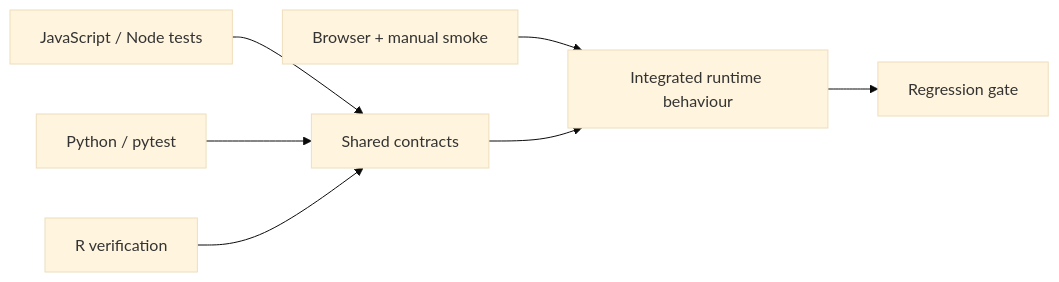
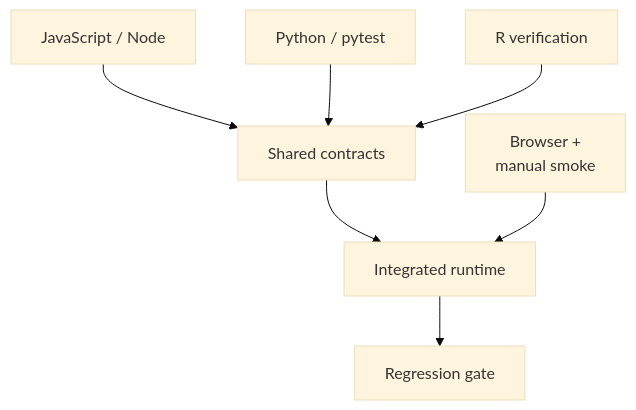
One commit to wilderruiz/zomniverse-project changed the fifth of 5 diagrams in docs/ENGINEERING_OVERVIEW.md. Above: the diagram before and after it, drawn with Mermaid (base theme). The commit also changed other lines of this file, not shown here.

Commit message:
docs: fix clipped Mermaid labels across engineering overview

````diff
--- a/docs/ENGINEERING_OVERVIEW.md
+++ b/docs/ENGINEERING_OVERVIEW.md
@@ -238,9 +238,9 @@
 ```mermaid
-flowchart LR
-    JS[JavaScript / Node tests] --> C[Shared contracts]
-    PY[Python / pytest] --> C
-    R[R verification] --> C
-    B[Browser + manual smoke] --> I[Integrated runtime behaviour]
-    C --> I
-    I --> G[Regression gate]
+flowchart TD
+    JS["JavaScript / Node"] --> C["Shared contracts"]
+    PY["Python / pytest"] --> C
+    R["R verification"] --> C
+    C --> I["Integrated runtime"]
+    B["Browser +<br/>manual smoke"] --> I
+    I --> G["Regression gate"]
 ```
````
